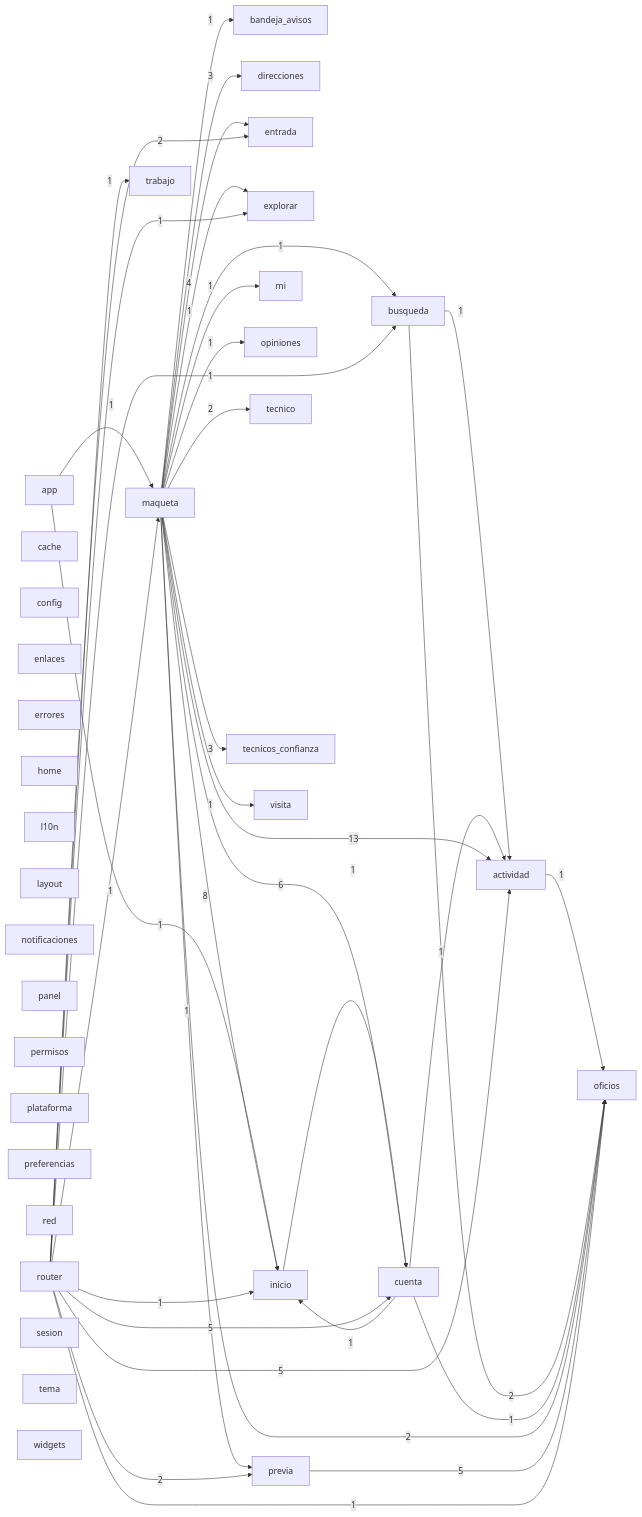
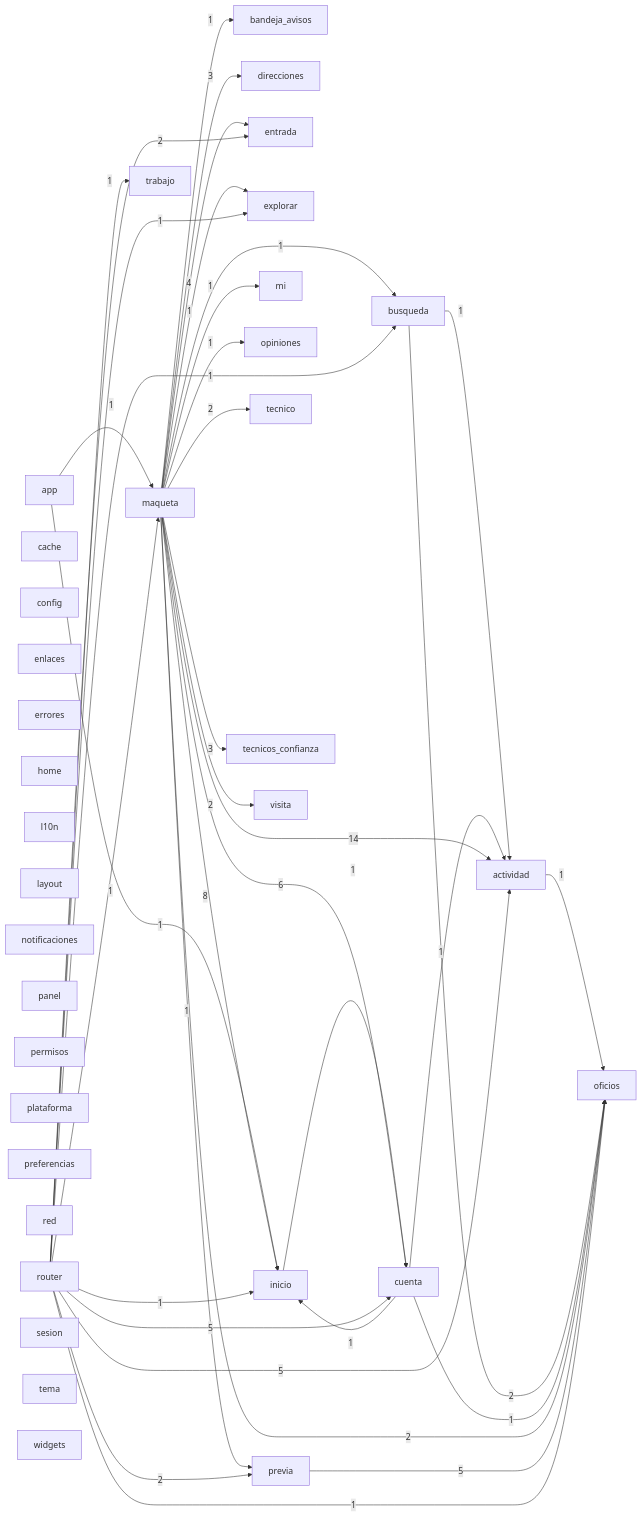
Before and after one commit to Tensei-Devs/knock-frontend: the diagram in docs/architecture/modules.mmd, drawn with Mermaid. The commit also changed 18 other files, not shown here.

```diff
--- a/docs/architecture/modules.mmd
+++ b/docs/architecture/modules.mmd
@@ -1,71 +1,71 @@
 graph LR
   actividad["actividad"]
   app["app"]
   bandeja_avisos["bandeja_avisos"]
   busqueda["busqueda"]
   cache["cache"]
   config["config"]
   cuenta["cuenta"]
   direcciones["direcciones"]
   enlaces["enlaces"]
   entrada["entrada"]
   errores["errores"]
   explorar["explorar"]
   home["home"]
   inicio["inicio"]
   l10n["l10n"]
   layout["layout"]
   maqueta["maqueta"]
   mi["mi"]
   notificaciones["notificaciones"]
   oficios["oficios"]
   opiniones["opiniones"]
   panel["panel"]
   permisos["permisos"]
   plataforma["plataforma"]
   preferencias["preferencias"]
   previa["previa"]
   red["red"]
   router["router"]
   sesion["sesion"]
   tecnico["tecnico"]
   tecnicos_confianza["tecnicos_confianza"]
   tema["tema"]
   trabajo["trabajo"]
   visita["visita"]
   widgets["widgets"]
   actividad -->|1| oficios
   app -->|1| inicio
   app -->|1| maqueta
   busqueda -->|1| actividad
   busqueda -->|2| oficios
   cuenta -->|1| actividad
   cuenta -->|1| inicio
   cuenta -->|1| oficios
   inicio -->|1| cuenta
-  maqueta -->|13| actividad
+  maqueta -->|14| actividad
   maqueta -->|1| bandeja_avisos
   maqueta -->|1| busqueda
   maqueta -->|6| cuenta
   maqueta -->|3| direcciones
   maqueta -->|4| entrada
   maqueta -->|1| explorar
   maqueta -->|8| inicio
   maqueta -->|1| mi
   maqueta -->|2| oficios
   maqueta -->|1| opiniones
   maqueta -->|1| previa
   maqueta -->|2| tecnico
   maqueta -->|3| tecnicos_confianza
-  maqueta -->|1| visita
+  maqueta -->|2| visita
   previa -->|5| oficios
   router -->|5| actividad
   router -->|1| busqueda
   router -->|5| cuenta
   router -->|2| entrada
   router -->|1| explorar
   router -->|1| inicio
   router -->|1| maqueta
   router -->|1| oficios
   router -->|2| previa
   router -->|1| trabajo
```
